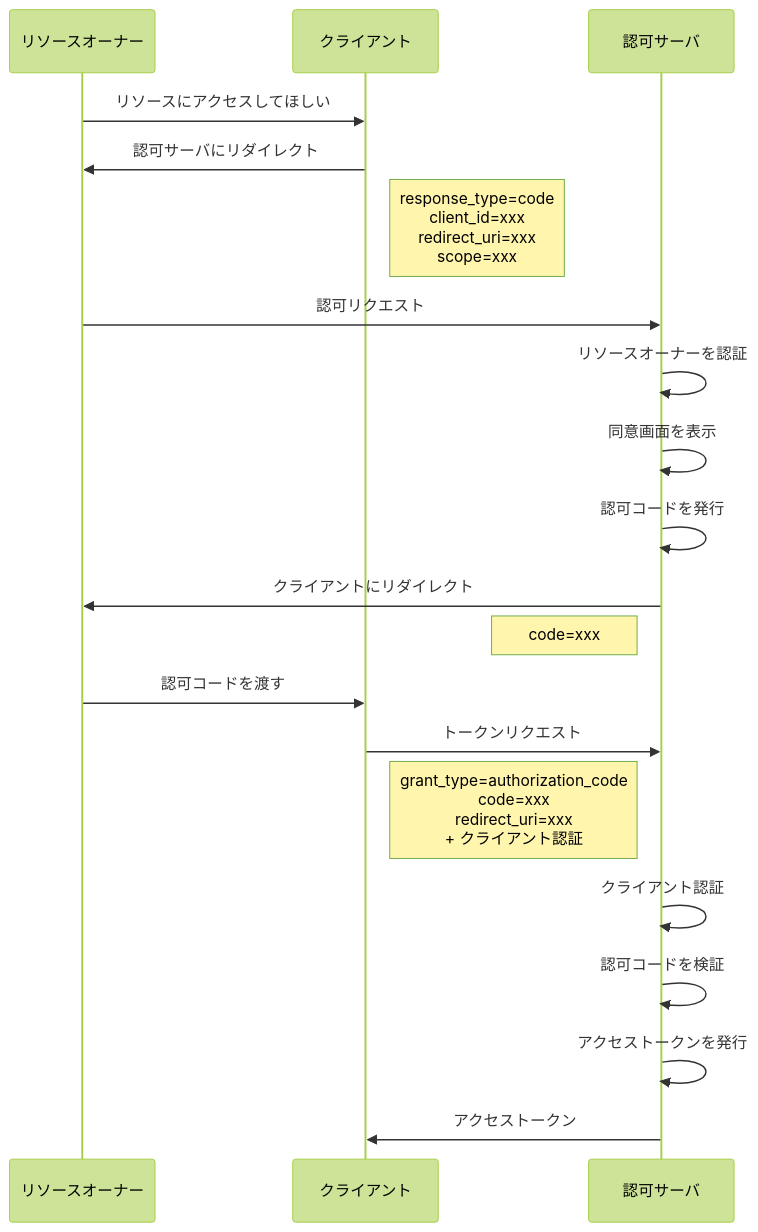
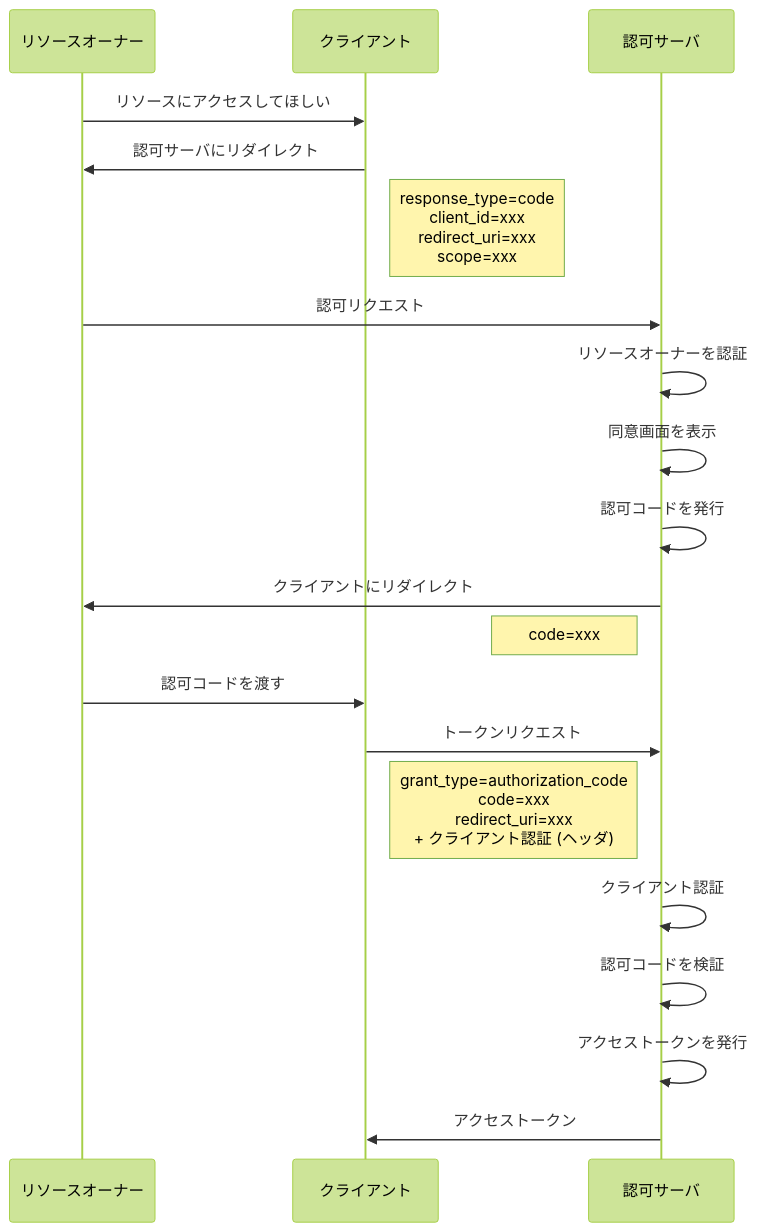
One commit to calloc134/zenn-dir changed the diagram in books/sikkari-oauth-oidc/08-detailed-flow-confidential.md. Above: the diagram before and after it, drawn with Mermaid (forest theme). The commit also changed other lines of this file, not shown here.

````diff
--- a/books/sikkari-oauth-oidc/08-detailed-flow-confidential.md
+++ b/books/sikkari-oauth-oidc/08-detailed-flow-confidential.md
@@ -15,23 +16,23 @@
 ```mermaid
 sequenceDiagram
     participant RO as リソースオーナー
     participant C as クライアント
     participant AS as 認可サーバ
 
     RO->>C: リソースにアクセスしてほしい
     C->>RO: 認可サーバにリダイレクト
     Note right of C: response_type=code<br>client_id=xxx<br>redirect_uri=xxx<br>scope=xxx
     RO->>AS: 認可リクエスト
     AS->>AS: リソースオーナーを認証
     AS->>AS: 同意画面を表示
     AS->>AS: 認可コードを発行
     AS->>RO: クライアントにリダイレクト
     Note left of AS: code=xxx
     RO->>C: 認可コードを渡す
     C->>AS: トークンリクエスト
-    Note right of C: grant_type=authorization_code<br>code=xxx<br>redirect_uri=xxx<br>+ クライアント認証
+    Note right of C: grant_type=authorization_code<br>code=xxx<br>redirect_uri=xxx<br>+ クライアント認証 (ヘッダ)
     AS->>AS: クライアント認証
     AS->>AS: 認可コードを検証
     AS->>AS: アクセストークンを発行
     AS->>C: アクセストークン
 ```
````
